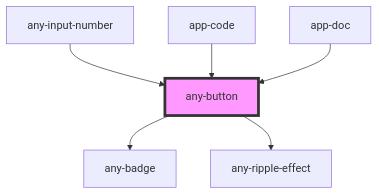
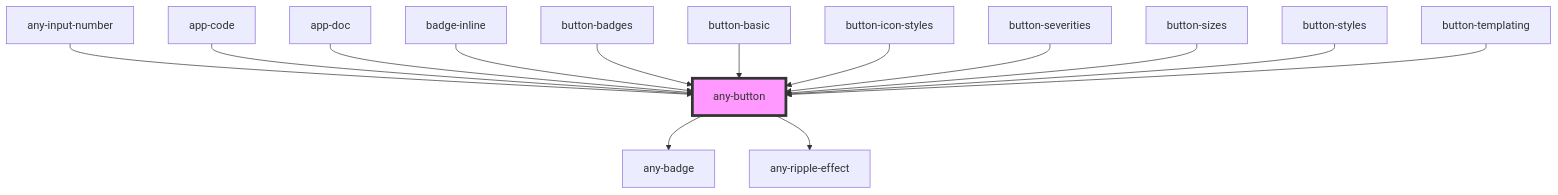
Before and after one commit to adaleks/anywhere-ui: the diagram in packages/core/src/components/button/readme.md, drawn with Mermaid. The commit also changed other lines of this file and 78 other files, not shown here.

First line of the commit message:
docs(showcase): migrate Badge, Button and RippleEffect to the app-doc shell

````diff
--- a/packages/core/src/components/button/readme.md
+++ b/packages/core/src/components/button/readme.md
@@ -79,9 +87,17 @@
 ```mermaid
 graph TD;
   any-button --> any-badge
   any-button --> any-ripple-effect
   any-input-number --> any-button
   app-code --> any-button
   app-doc --> any-button
+  badge-inline --> any-button
+  button-badges --> any-button
+  button-basic --> any-button
+  button-icon-styles --> any-button
+  button-severities --> any-button
+  button-sizes --> any-button
+  button-styles --> any-button
+  button-templating --> any-button
   style any-button fill:#f9f,stroke:#333,stroke-width:4px
 ```
````
